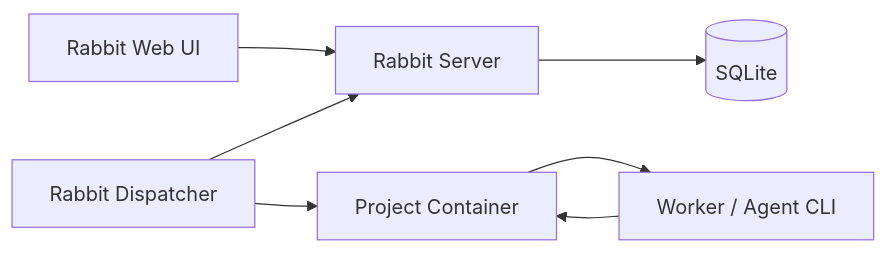
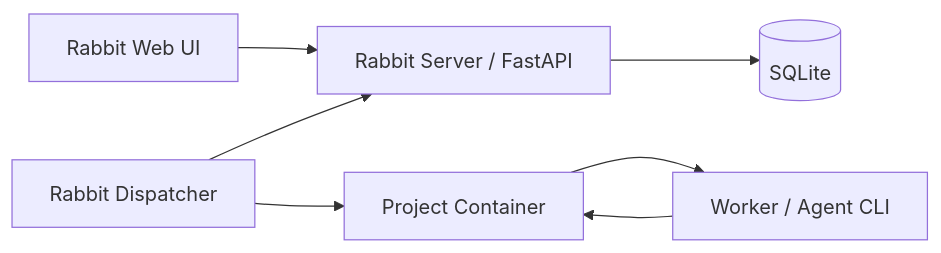
One commit to Rabbit0007/Rabbit changed the diagram in README.md. Above: the diagram before and after it, drawn with Mermaid. The commit also changed other lines of this file and 1 other file, not shown here.

````diff
--- a/README.md
+++ b/README.md
@@ -51,9 +44,9 @@
 ```mermaid
 flowchart LR
-    Browser["Rabbit Web UI"] --> Server["Rabbit Server"]
-    Server --> Store[("SQLite")]
+    UI["Rabbit Web UI"] --> Server["Rabbit Server / FastAPI"]
+    Server --> DB[("SQLite")]
     Dispatcher["Rabbit Dispatcher"] --> Server
-    Dispatcher --> Runtime["Project Container"]
-    Runtime --> Agent["Worker / Agent CLI"]
-    Agent --> Runtime
+    Dispatcher --> Container["Project Container"]
+    Container --> Worker["Worker / Agent CLI"]
+    Worker --> Container
 ```
````
